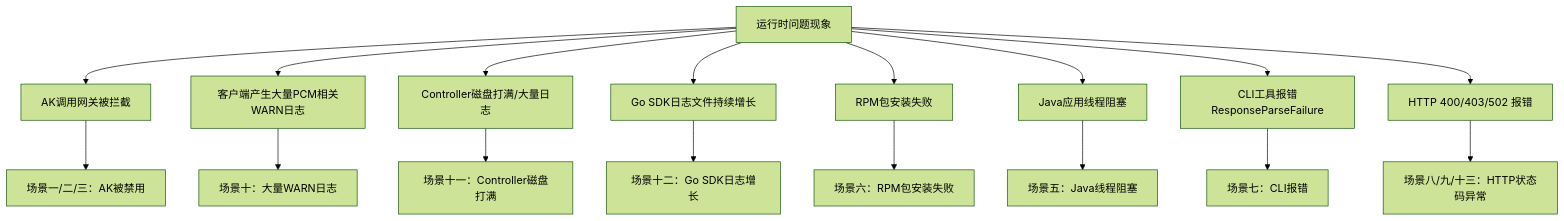
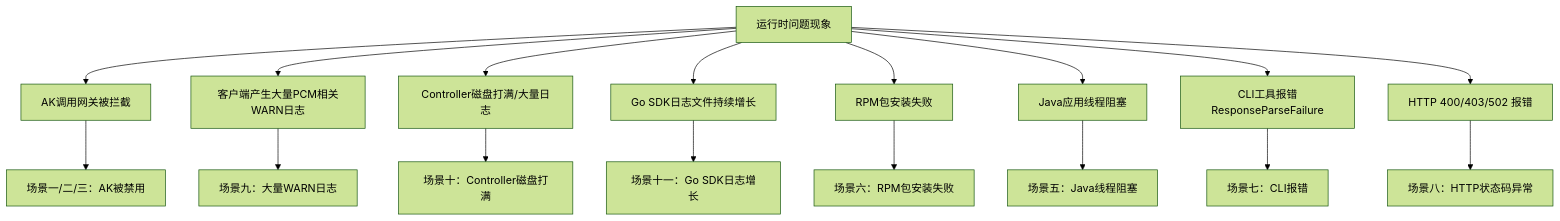
One commit to syj108/knowledge--base changed the first of 2 diagrams in pages/PCM/平台凭证管理服务/方案支撑文档/典型问题排查解决方案.md. Above: the diagram before and after it, drawn with Mermaid (forest theme). The commit also changed other lines of this file and 13 other files, not shown here.

````diff
--- a/pages/PCM/平台凭证管理服务/方案支撑文档/典型问题排查解决方案.md
+++ b/pages/PCM/平台凭证管理服务/方案支撑文档/典型问题排查解决方案.md
@@ -6,20 +6,20 @@
 ```mermaid
 graph TD
     Start[运行时问题现象] --> P1[AK调用网关被拦截]
     Start --> P2[客户端产生大量PCM相关WARN日志]
     Start --> P3[Controller磁盘打满/大量日志]
     Start --> P4[Go SDK日志文件持续增长]
     Start --> P5[RPM包安装失败]
     Start --> P6[Java应用线程阻塞]
     Start --> P7[CLI工具报错ResponseParseFailure]
     Start --> P8[HTTP 400/403/502 报错]
 
     P1 --> S1[场景一/二/三：AK被禁用]
-    P2 --> S2[场景十：大量WARN日志]
-    P3 --> S3[场景十一：Controller磁盘打满]
-    P4 --> S4[场景十二：Go SDK日志增长]
+    P2 --> S2[场景九：大量WARN日志]
+    P3 --> S3[场景十：Controller磁盘打满]
+    P4 --> S4[场景十一：Go SDK日志增长]
     P5 --> S5[场景六：RPM包安装失败]
     P6 --> S6[场景五：Java线程阻塞]
     P7 --> S7[场景七：CLI报错]
-    P8 --> S8[场景八/九/十三：HTTP状态码异常]
+    P8 --> S8[场景八：HTTP状态码异常]
 ```
````
